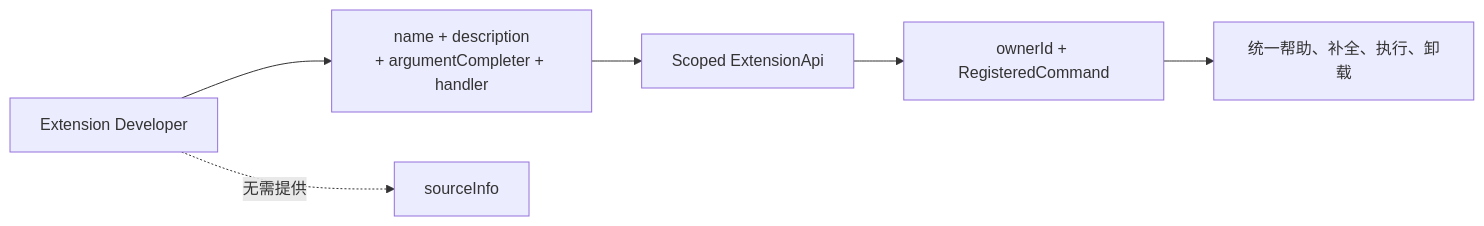
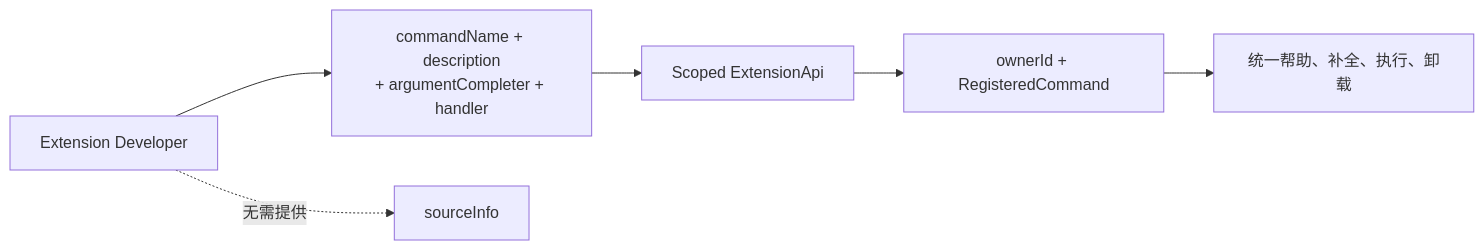
Diagram 20 of 20 in pi-mono-java-extension-command-SR设计.md (superheromeZzh/pi-mono-java-design), drawn with Mermaid before and after one commit. The commit also changed other lines of this file, not shown here.

Commit message:
docs: remove extension display name

````diff
--- a/pi-mono-java-extension-command-SR设计.md
+++ b/pi-mono-java-extension-command-SR设计.md
@@ -1053,11 +1019,11 @@
 ```mermaid
 flowchart LR
     developer["Extension Developer"]
-    publicApi["name + description\n+ argumentCompleter + handler"]
+    publicApi["commandName + description\n+ argumentCompleter + handler"]
     scopedApi["Scoped ExtensionApi"]
     internal["ownerId + RegisteredCommand"]
     runtime["统一帮助、补全、执行、卸载"]
 
     developer --> publicApi --> scopedApi --> internal --> runtime
     developer -. "无需提供" .-> source["sourceInfo"]
 ```
````
